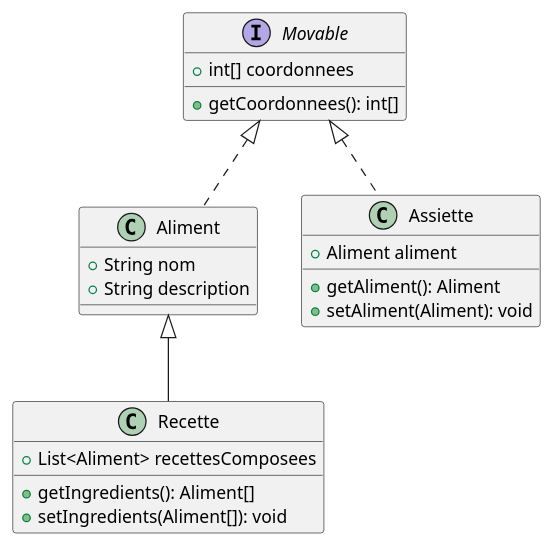
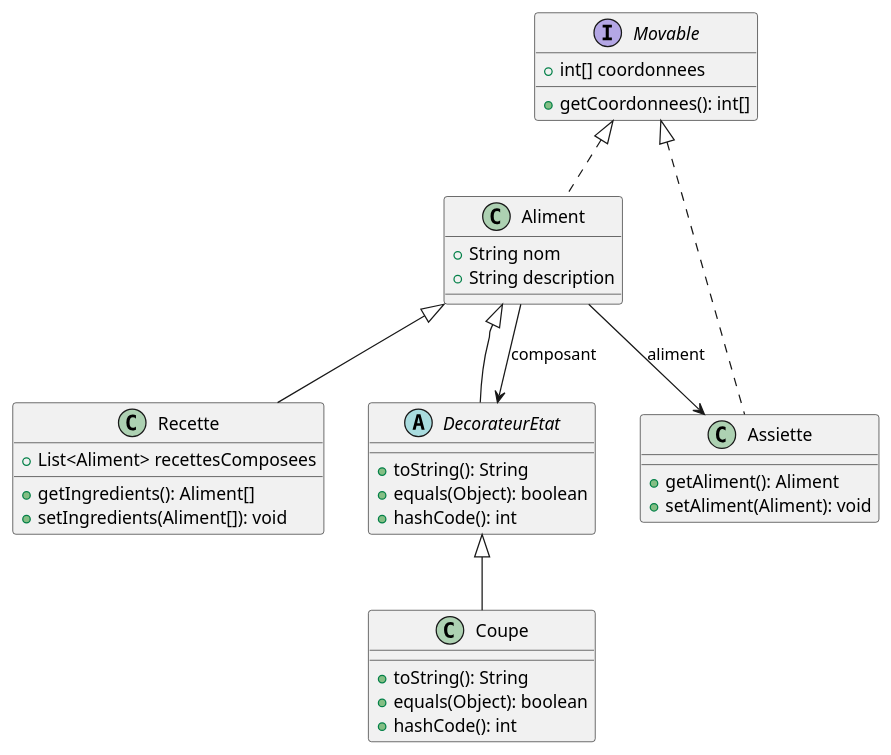
Before and after one commit to ThomasRbn/PTUT_BERNARD_ROBINEAU_ROUYER_RUSSO: the diagram in assets/RecetteDiag.puml, drawn with PlantUML. The commit also changed 1 other file, not shown here.

Commit message:
Ajout du diagramme de classe du système de recettes + fix d'une typo dans la classe Aliment.java

```diff
--- a/assets/RecetteDiag.puml
+++ b/assets/RecetteDiag.puml
@@ -1,27 +1,42 @@
 @startuml
 'https://plantuml.com/sequence-diagram
 
 
 interface Movable {
     + int[] coordonnees
     + getCoordonnees(): int[]
 }
 
 class Aliment implements Movable {
     + String nom
     + String description
 }
 
 class Assiette implements Movable {
-    + Aliment aliment
     + getAliment(): Aliment
     + setAliment(Aliment): void
 }
+
+Aliment --> Assiette : aliment
 
 class Recette extends Aliment {
     + List<Aliment> recettesComposees
     + getIngredients(): Aliment[]
     + setIngredients(Aliment[]): void
 }
 
+abstract class DecorateurEtat extends Aliment {
+    + toString(): String
+    + equals(Object): boolean
+    + hashCode(): int
+}
+
+Aliment --> DecorateurEtat : composant
+
+class Coupe extends DecorateurEtat {
+    + toString(): String
+    + equals(Object): boolean
+    + hashCode(): int
+}
+
 @enduml
```
